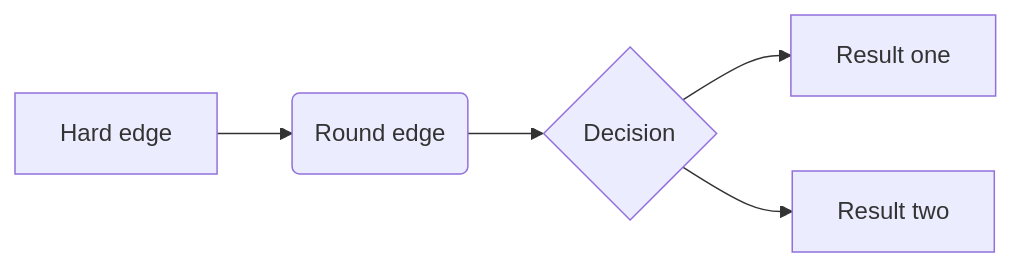
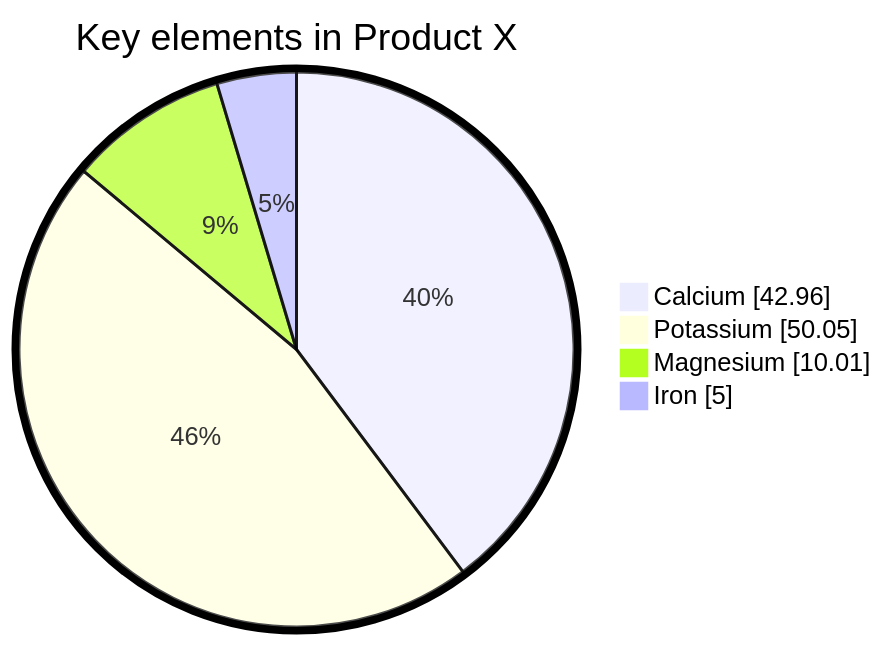
The sixth of 6 diagrams in export-mmd/ScrivQ24.qmd (bcdavasconcelos/ScrivQ), drawn with Mermaid before and after one commit. The commit also changed other lines of this file and 467 other files, not shown here.

````diff
--- a/export-mmd/ScrivQ24.qmd
+++ b/export-mmd/ScrivQ24.qmd
@@ -624,12 +772,14 @@
 ```{mermaid}
 %%| label: fig-mermaid-c
 %%| fig-cap: "A Mermaid figure using a Scrivener Section Type [Computation] with class [mermaid], see https://quarto.org/docs/authoring/diagrams.html for more details"
 %%| 
 %%| 
-flowchart LR
-  A[Hard edge] --> B(Round edge)
-  B --> C{Decision}
-  C --> D[Result one]
-  C --> E[Result two]
+%%{init: {"pie": {"textPosition": 0.5}, "themeVariables": {"pieOuterStrokeWidth": "5px"}} }%%
+pie showData
+    title Key elements in Product X
+    "Calcium" : 42.96
+    "Potassium" : 50.05
+    "Magnesium" : 10.01
+    "Iron" :  5
 
 ```
````
